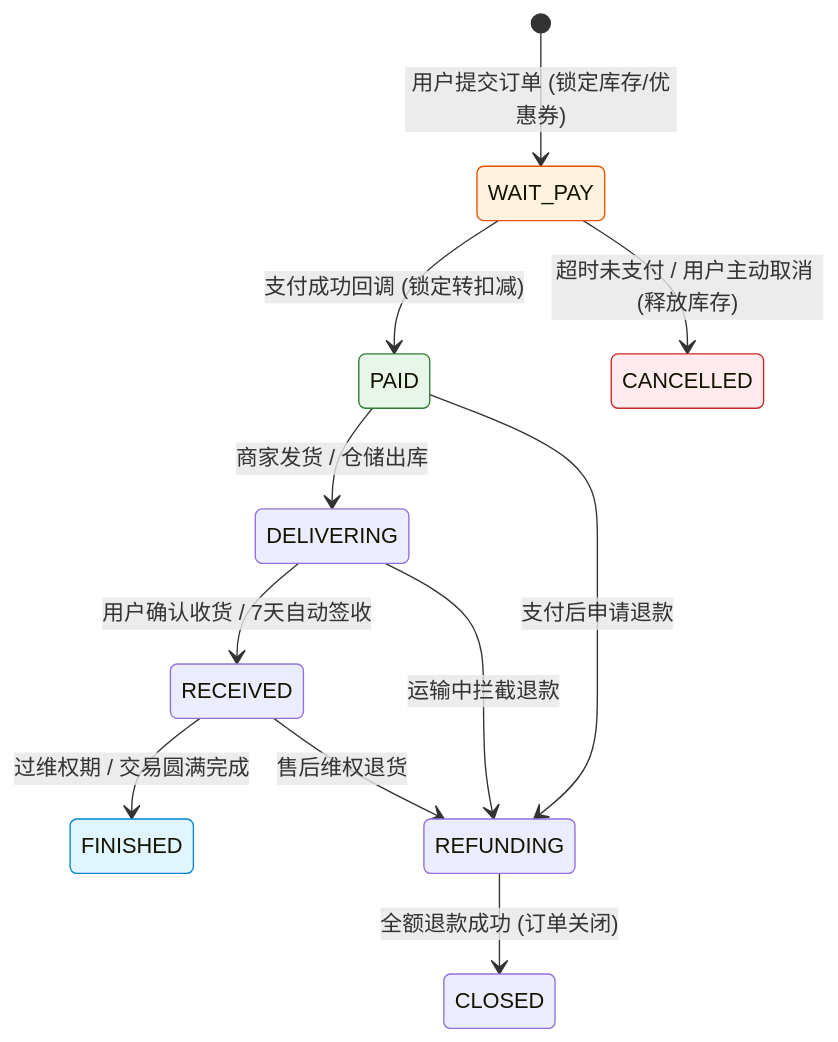
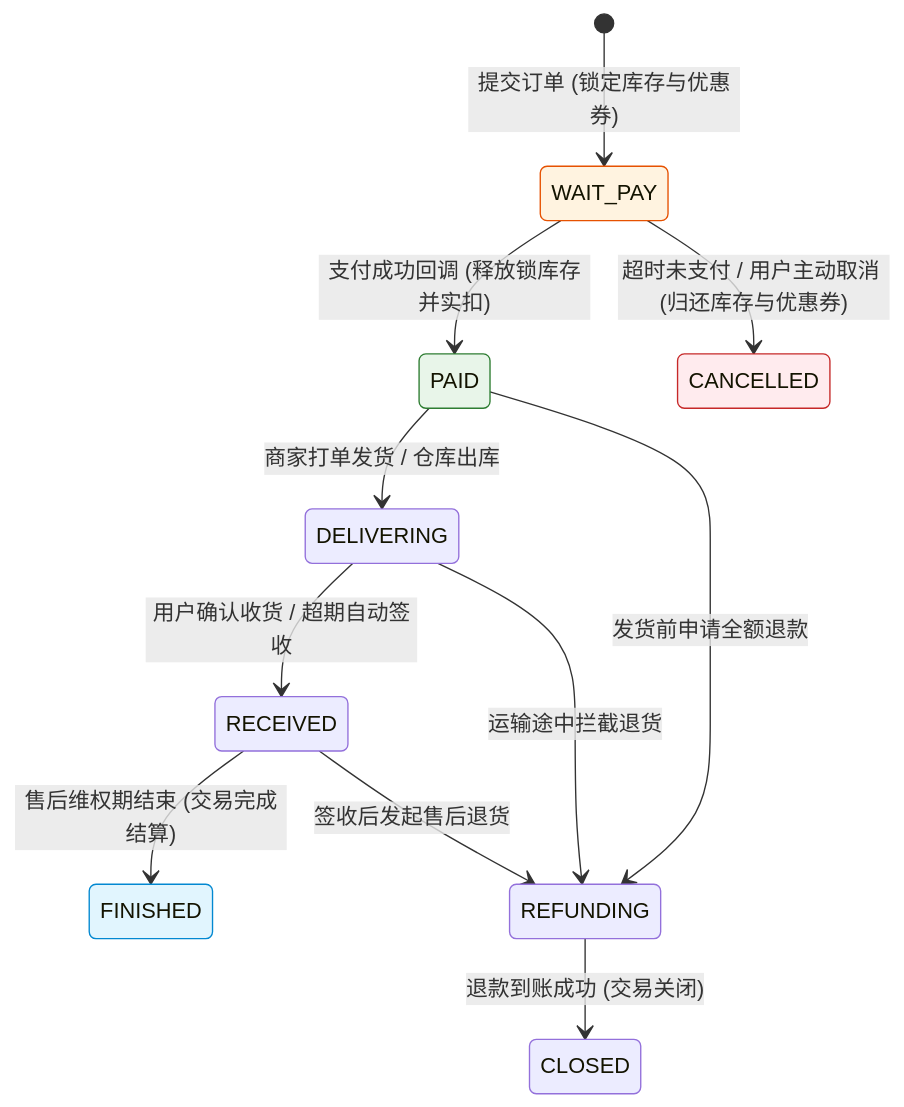
Before and after one commit to GuoWWWX/knowledge-base: the first of 3 diagrams in 20-Java后端/08-系统设计/07-订单系统设计.md, drawn with Mermaid. The commit also changed other lines of this file and 251 other files, not shown here.

````diff
--- a/20-Java后端/08-系统设计/07-订单系统设计.md
+++ b/20-Java后端/08-系统设计/07-订单系统设计.md
@@ -42,22 +40,21 @@
 ```mermaid
 stateDiagram-v2
-    [*] --> WAIT_PAY: 用户提交订单 (锁定库存/优惠券)
-    
-    WAIT_PAY --> PAID: 支付成功回调 (锁定转扣减)
-    WAIT_PAY --> CANCELLED: 超时未支付 / 用户主动取消 (释放库存)
-    
-    PAID --> DELIVERING: 商家发货 / 仓储出库
-    DELIVERING --> RECEIVED: 用户确认收货 / 7天自动签收
-    
-    RECEIVED --> FINISHED: 过维权期 / 交易圆满完成
-    
-    PAID --> REFUNDING: 支付后申请退款
-    DELIVERING --> REFUNDING: 运输中拦截退款
-    RECEIVED --> REFUNDING: 售后维权退货
-    REFUNDING --> CLOSED: 全额退款成功 (订单关闭)
+    [*] --> WAIT_PAY : 提交订单 (锁定库存与优惠券)
+
+    WAIT_PAY --> PAID : 支付成功回调 (释放锁库存并实扣)
+    WAIT_PAY --> CANCELLED : 超时未支付 / 用户主动取消 (归还库存与优惠券)
+
+    PAID --> DELIVERING : 商家打单发货 / 仓库出库
+    DELIVERING --> RECEIVED : 用户确认收货 / 超期自动签收
+    RECEIVED --> FINISHED : 售后维权期结束 (交易完成结算)
+
+    PAID --> REFUNDING : 发货前申请全额退款
+    DELIVERING --> REFUNDING : 运输途中拦截退货
+    RECEIVED --> REFUNDING : 签收后发起售后退货
+    REFUNDING --> CLOSED : 退款到账成功 (交易关闭)
 
     style WAIT_PAY fill:#fff3e0,stroke:#e65100
     style PAID fill:#e8f5e9,stroke:#2e7d32
     style CANCELLED fill:#ffebee,stroke:#c62828
     style FINISHED fill:#e1f5fe,stroke:#0288d1
 ```
````
